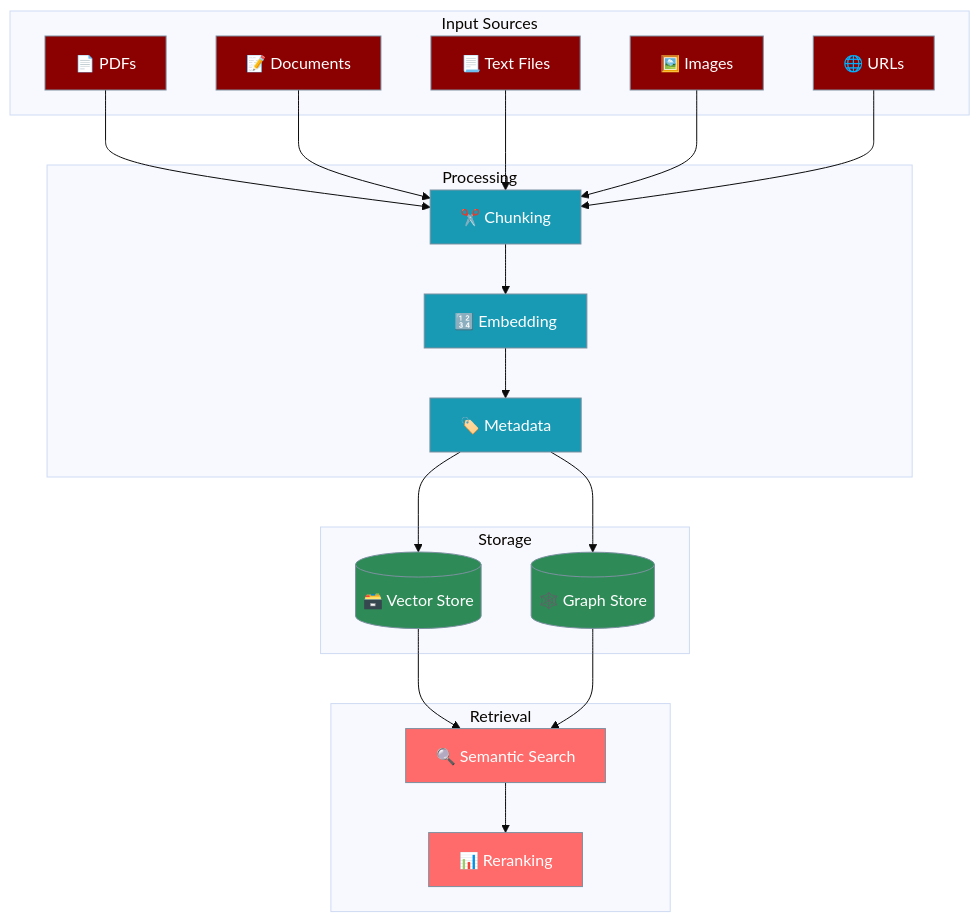
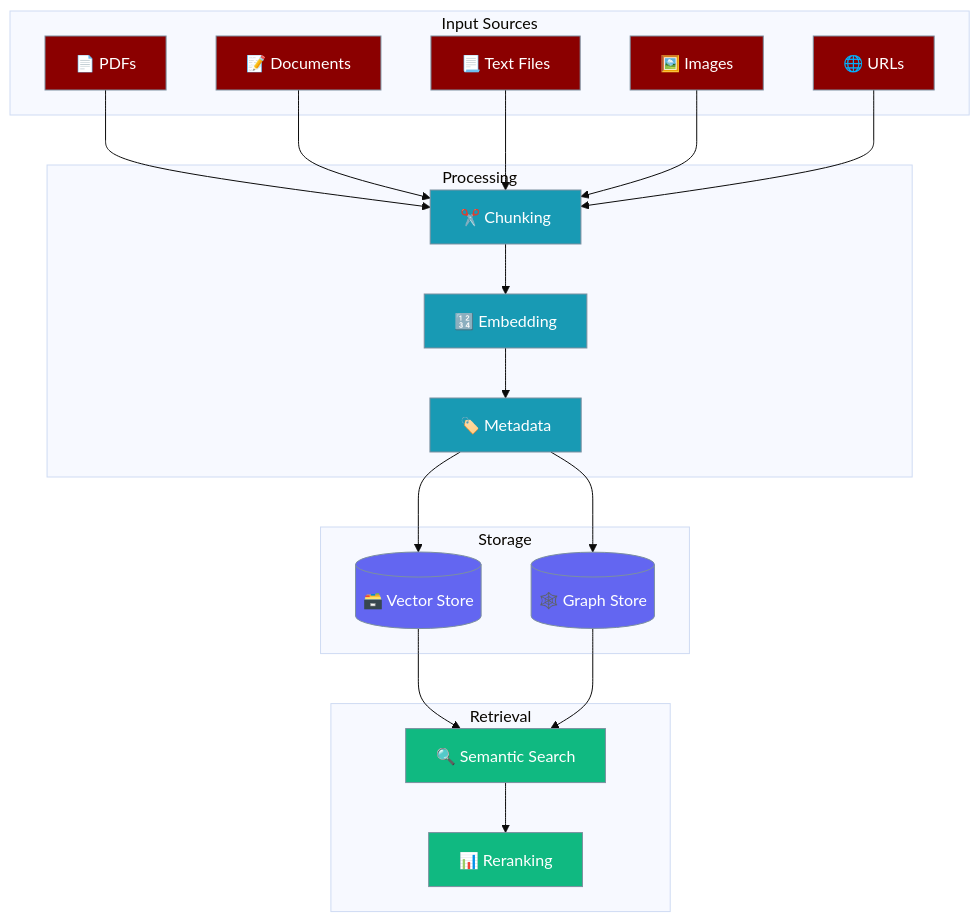
Before and after one commit to MervinPraison/PraisonAIDocs: the diagram in docs/features/knowledge.mdx, drawn with Mermaid (base theme). The commit also changed other lines of this file and 4 other files, not shown here.

````diff
--- a/docs/features/knowledge.mdx
+++ b/docs/features/knowledge.mdx
@@ -11,51 +10,51 @@
 ```mermaid
 graph TB
     subgraph Input Sources
         PDF[📄 PDFs]
         DOC[📝 Documents]
         TXT[📃 Text Files]
         IMG[🖼️ Images]
         URL[🌐 URLs]
     end
     
     subgraph Processing
         CHUNK[✂️ Chunking]
         EMB[🔢 Embedding]
         META[🏷️ Metadata]
     end
     
     subgraph Storage
         VECTOR[(🗃️ Vector Store)]
         GRAPH[(🕸️ Graph Store)]
     end
     
     subgraph Retrieval
         SEARCH[🔍 Semantic Search]
         RERANK[📊 Reranking]
     end
     
     PDF --> CHUNK
     DOC --> CHUNK
     TXT --> CHUNK
     IMG --> CHUNK
     URL --> CHUNK
     
     CHUNK --> EMB
     EMB --> META
     META --> VECTOR
     META --> GRAPH
     
     VECTOR --> SEARCH
     GRAPH --> SEARCH
     SEARCH --> RERANK
     
     classDef input fill:#8B0000,stroke:#7C90A0,color:#fff
     classDef process fill:#189AB4,stroke:#7C90A0,color:#fff
-    classDef storage fill:#2E8B57,stroke:#7C90A0,color:#fff
-    classDef retrieval fill:#FF6B6B,stroke:#7C90A0,color:#fff
+    classDef storage fill:#6366F1,stroke:#7C90A0,color:#fff
+    classDef retrieval fill:#10B981,stroke:#7C90A0,color:#fff
     
     class PDF,DOC,TXT,IMG,URL input
     class CHUNK,EMB,META process
     class VECTOR,GRAPH storage
     class SEARCH,RERANK retrieval
 ```
````
